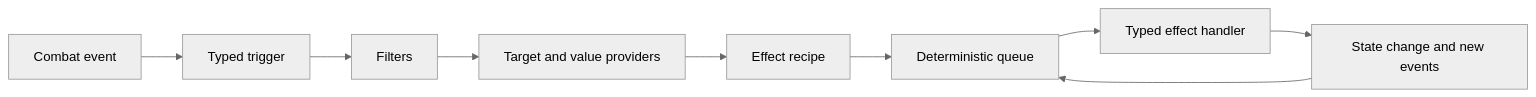
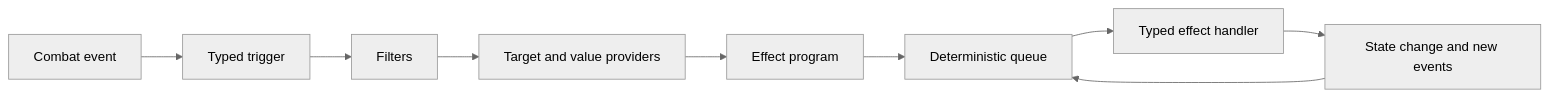
Before and after one commit to Paranoidgrinch/RogueDeck-Core: the diagram in README.md, drawn with Mermaid (neutral theme). The commit also changed other lines of this file, not shown here.

````diff
--- a/README.md
+++ b/README.md
@@ -89,11 +96,11 @@
 ```mermaid
 flowchart LR
     A[Combat event] --> B[Typed trigger]
     B --> C[Filters]
     C --> D[Target and value providers]
-    D --> E[Effect recipe]
+    D --> E[Effect program]
     E --> F[Deterministic queue]
     F --> G[Typed effect handler]
     G --> H[State change and new events]
     H --> F
 ```
````
